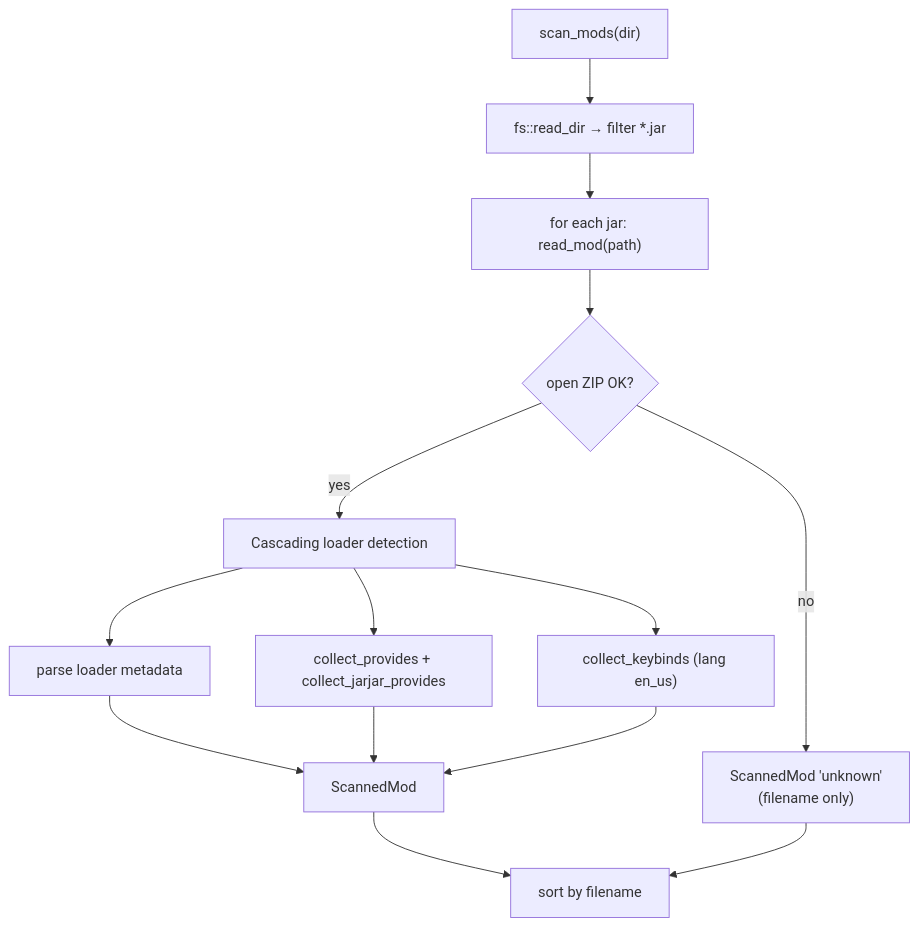
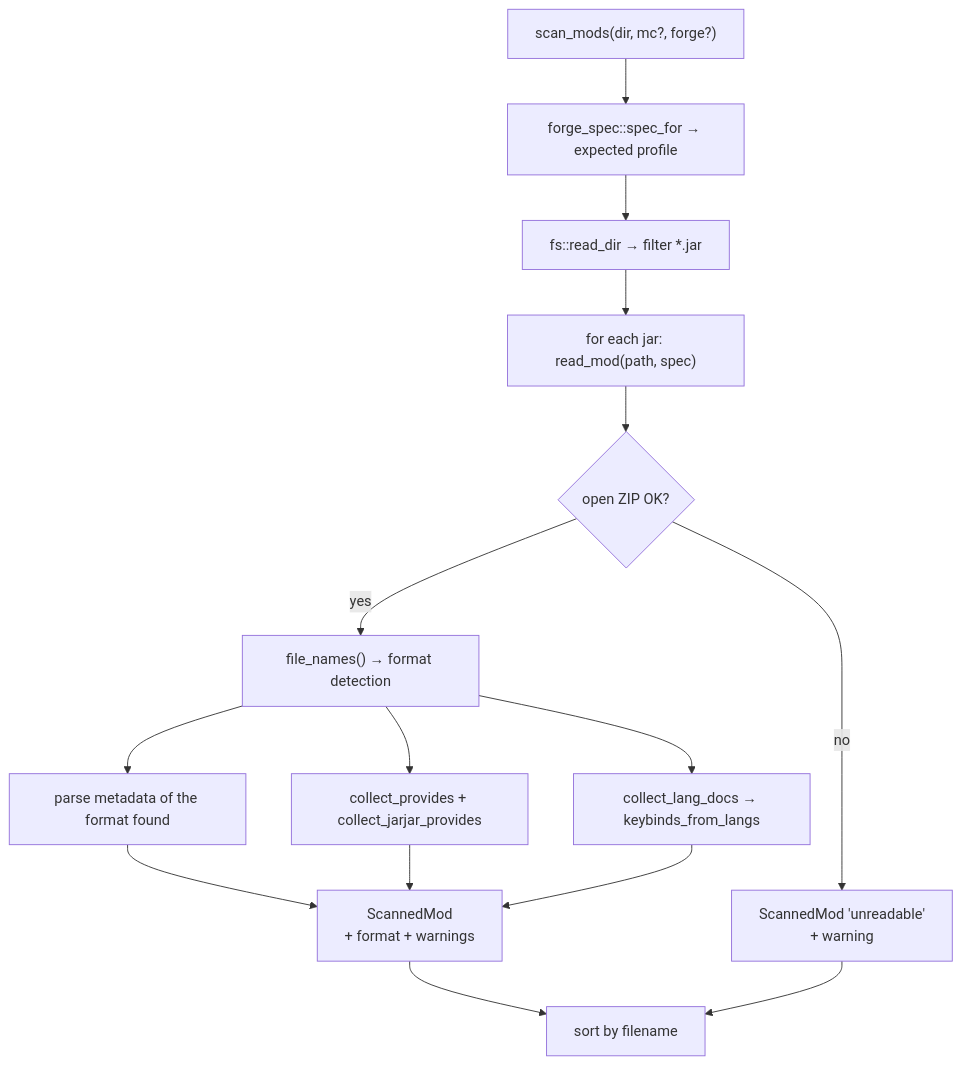
One commit to Alexkill536ITA/ForgeModpack changed the second of 5 diagrams in docs/en/technical/06-scansione.md. Above: the diagram before and after it, drawn with Mermaid. The commit also changed other lines of this file and 21 other files, not shown here.

````diff
--- a/docs/en/technical/06-scansione.md
+++ b/docs/en/technical/06-scansione.md
@@ -9,16 +49,17 @@
 ```mermaid
 flowchart TD
-    Start["scan_mods(dir)"] --> List["fs::read_dir → filter *.jar"]
-    List --> Loop["for each jar: read_mod(path)"]
+    Start["scan_mods(dir, mc?, forge?)"] --> Spec["forge_spec::spec_for → expected profile"]
+    Spec --> List["fs::read_dir → filter *.jar"]
+    List --> Loop["for each jar: read_mod(path, spec)"]
     Loop --> Open{"open ZIP OK?"}
-    Open -->|no| Unknown["ScannedMod 'unknown'<br/>(filename only)"]
-    Open -->|yes| Detect["Cascading loader detection"]
-    Detect --> Meta["parse loader metadata"]
-    Detect --> Prov["collect_provides + collect_jarjar_provides"]
-    Detect --> Keys["collect_keybinds (lang en_us)"]
-    Meta --> Result["ScannedMod"]
+    Open -->|no| Bad["ScannedMod 'unreadable'<br/>+ warning"]
+    Open -->|yes| Names["file_names() → format detection"]
+    Names --> Meta["parse metadata of the format found"]
+    Names --> Prov["collect_provides + collect_jarjar_provides"]
+    Names --> Keys["collect_lang_docs → keybinds_from_langs"]
+    Meta --> Result["ScannedMod<br/>+ format + warnings"]
     Prov --> Result
     Keys --> Result
     Result --> SortM["sort by filename"]
-    Unknown --> SortM
+    Bad --> SortM
 ```
````
